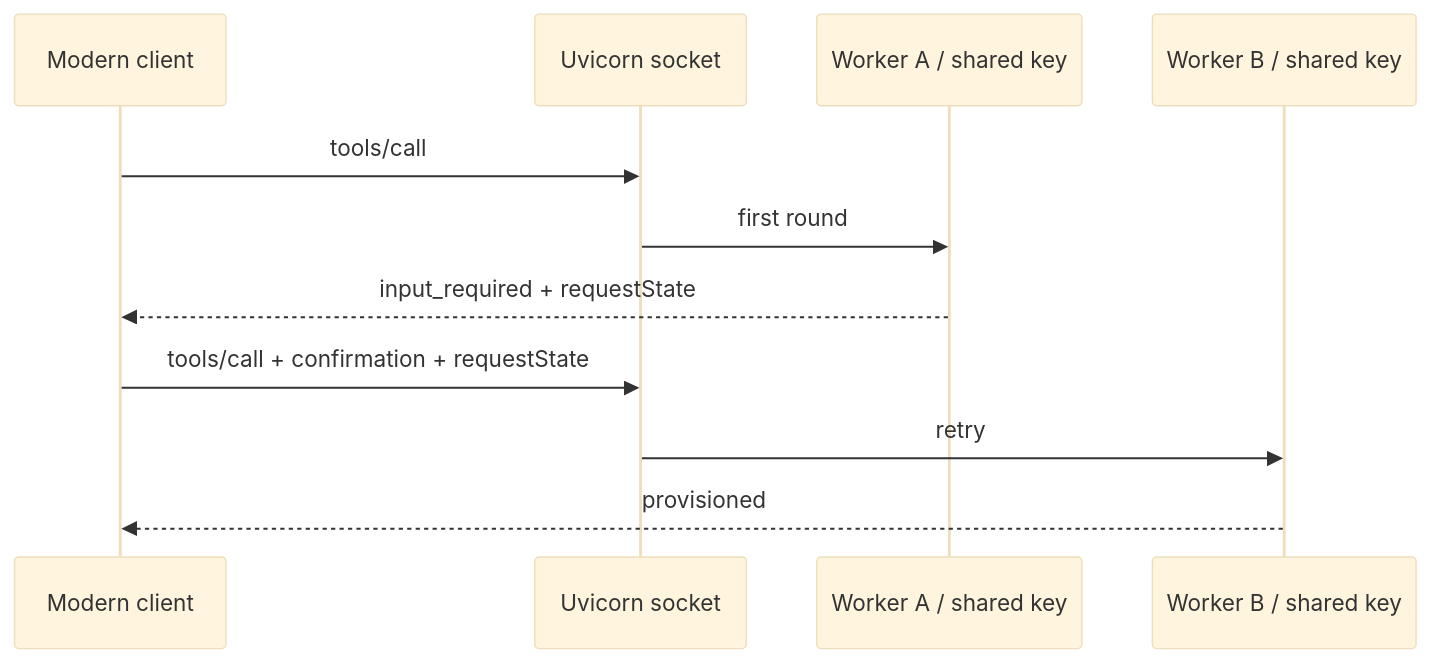
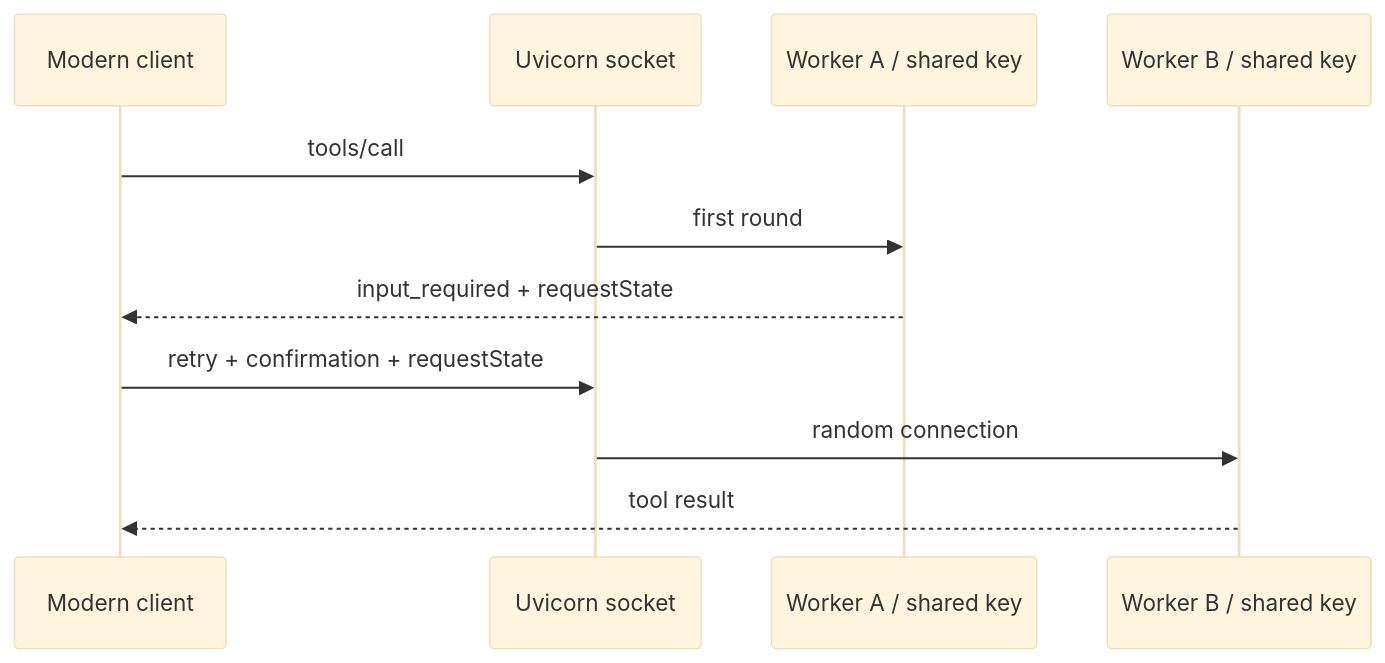
One commit to Giustino98/mcp-stateless-by-design changed the fifth of 5 diagrams in README.md. Above: the diagram before and after it, drawn with Mermaid (base theme). The commit also changed other lines of this file and 24 other files, not shown here.

````diff
--- a/README.md
+++ b/README.md
@@ -170,14 +165,14 @@
 ```mermaid
 sequenceDiagram
     participant C as Modern client
     participant U as Uvicorn socket
     participant A as Worker A / shared key
     participant B as Worker B / shared key
 
     C->>U: tools/call
     U->>A: first round
     A-->>C: input_required + requestState
-    C->>U: tools/call + confirmation + requestState
-    U->>B: retry
-    B-->>C: provisioned
+    C->>U: retry + confirmation + requestState
+    U->>B: random connection
+    B-->>C: tool result
 ```
````
